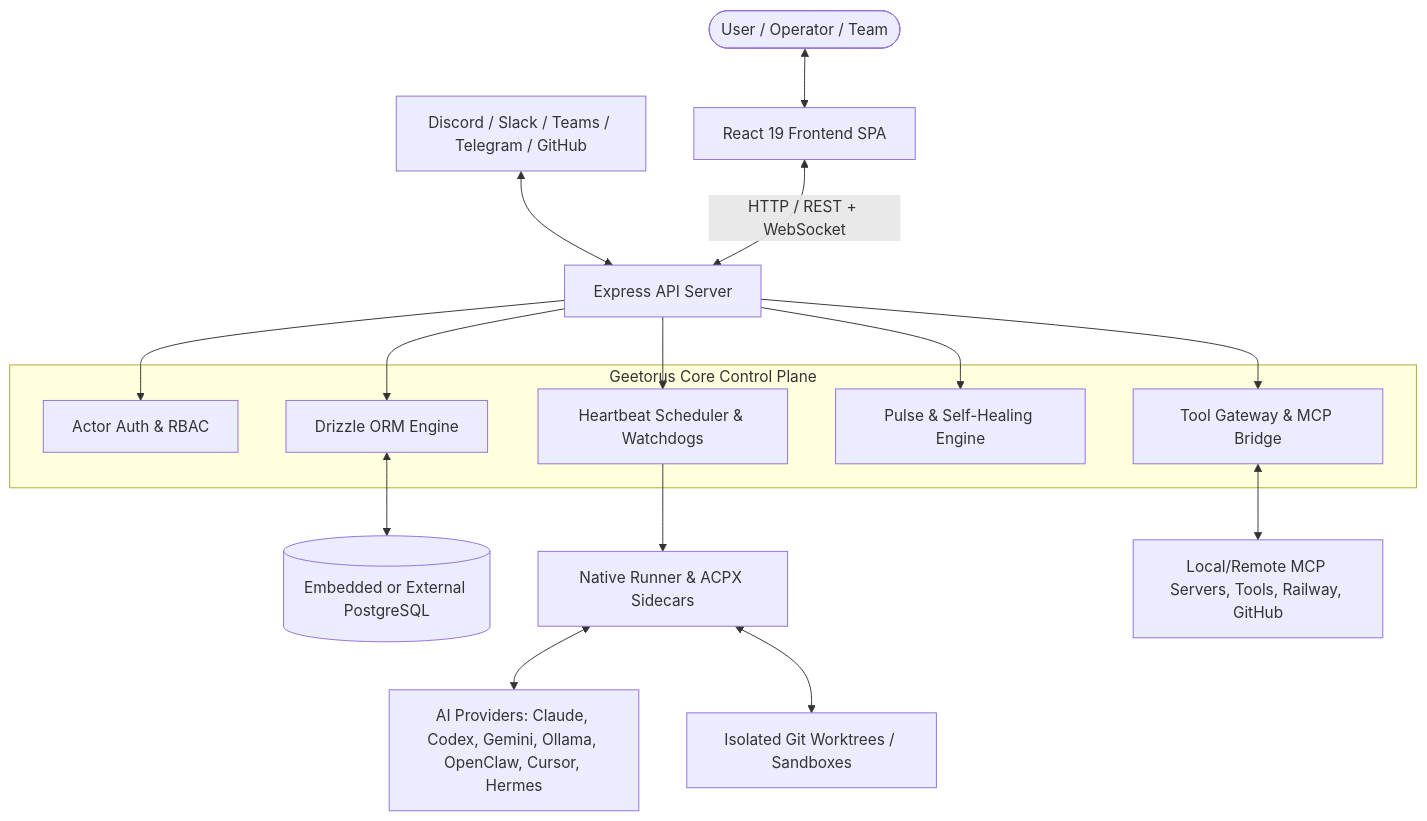
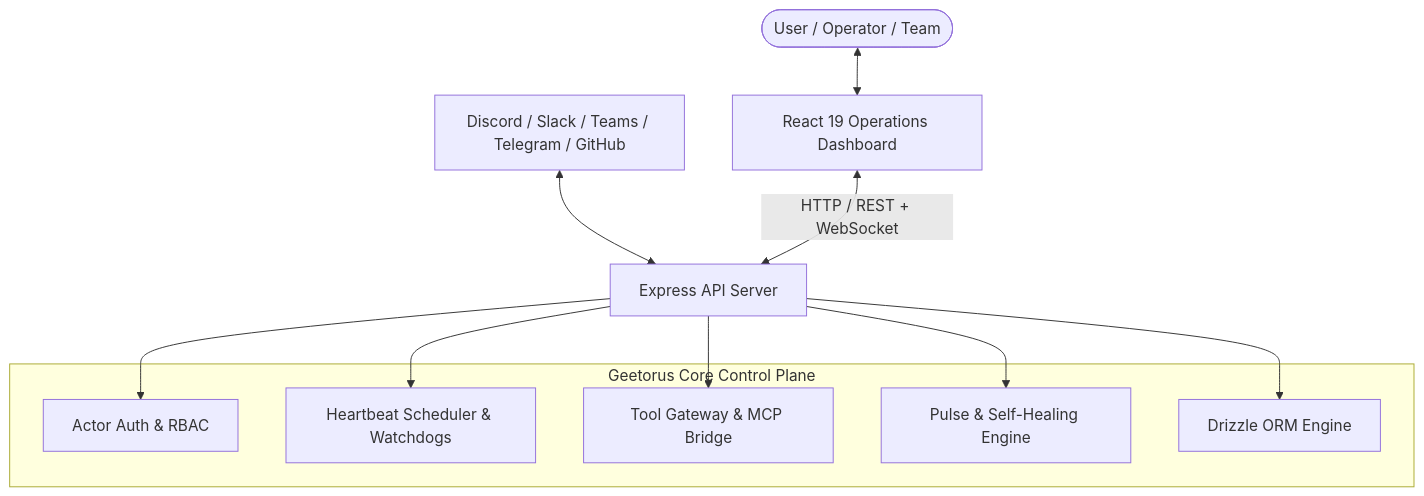
The diagram in docs/product-complete/README.md (geetorusai/geetorusai), drawn with Mermaid before and after one commit. The commit also changed other lines of this file and 7 other files, not shown here.

````diff
--- a/docs/product-complete/README.md
+++ b/docs/product-complete/README.md
@@ -41,27 +55,20 @@
 ```mermaid
 graph TD
-    User([User / Operator / Team]) <--> UI[React 19 Frontend SPA]
+    User([User / Operator / Team]) <--> UI[React 19 Operations Dashboard]
     ExternalChat[Discord / Slack / Teams / Telegram / GitHub] <--> Server[Express API Server]
     UI <-->|HTTP / REST + WebSocket| Server
     
     subgraph Server Core [Geetorus Core Control Plane]
         Auth[Actor Auth & RBAC]
         Heartbeat[Heartbeat Scheduler & Watchdogs]
         ToolGW[Tool Gateway & MCP Bridge]
         Pulse[Pulse & Self-Healing Engine]
         DB_Layer[Drizzle ORM Engine]
     end
     
     Server --> Auth
     Server --> Heartbeat
     Server --> ToolGW
     Server --> Pulse
     Server --> DB_Layer
-    
-    DB_Layer <--> PG[(Embedded or External PostgreSQL)]
-    
-    Heartbeat --> NativeRunner[Native Runner & ACPX Sidecars]
-    NativeRunner <--> LLMs[AI Providers: Claude, Codex, Gemini, Ollama, OpenClaw, Cursor, Hermes]
-    NativeRunner <--> Workspaces[Isolated Git Worktrees / Sandboxes]
-    ToolGW <--> MCPServers[Local/Remote MCP Servers, Tools, Railway, GitHub]
 ```
````
